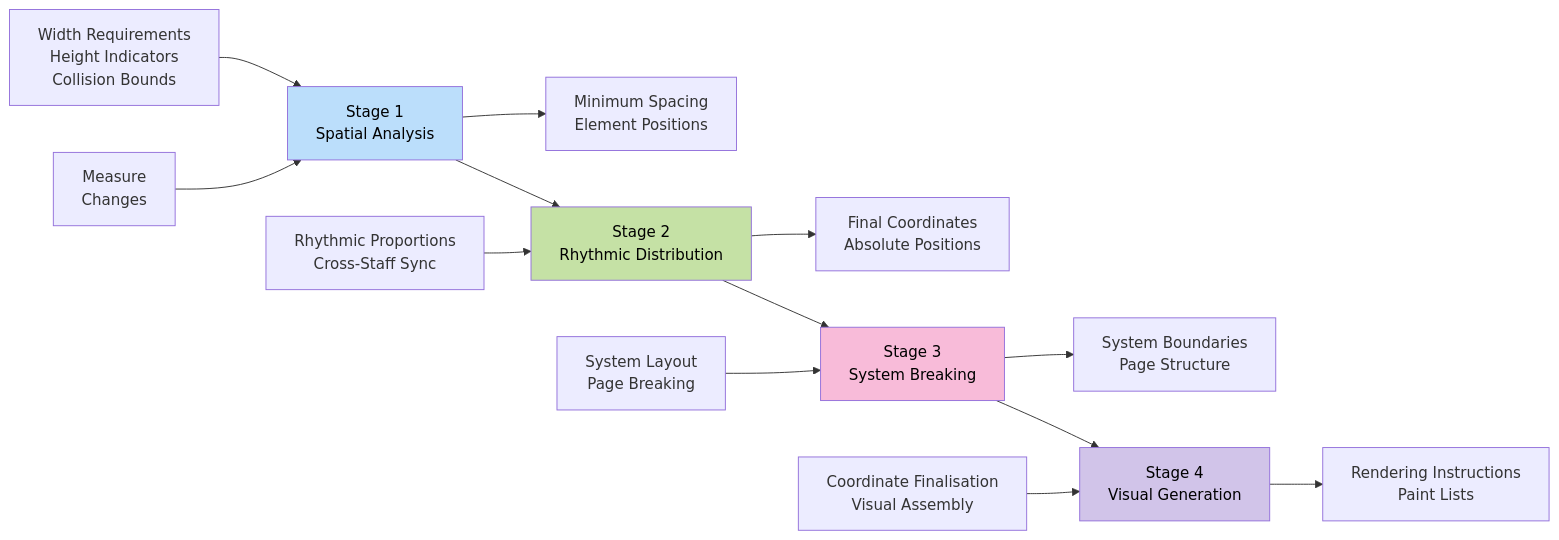
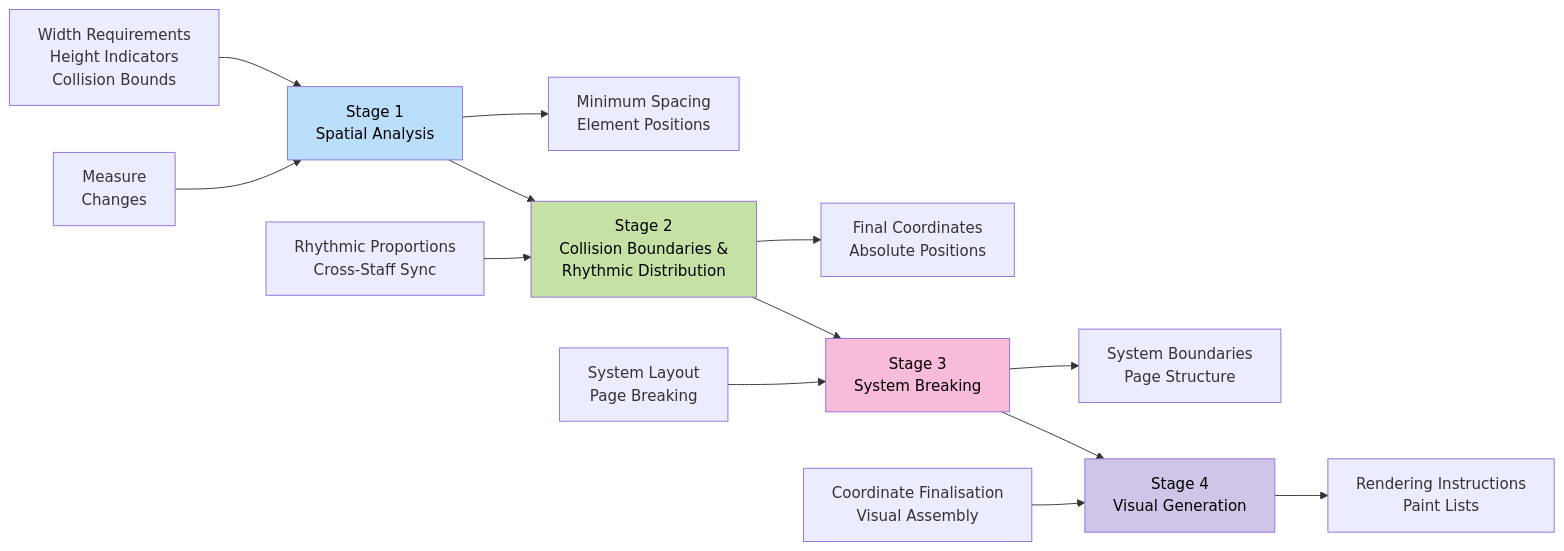
The second of 6 diagrams in ADRs/0028-Hierarchical-Rendering-Pipeline.md (PeterBengtson/Ooloi-docs), drawn with Mermaid before and after one commit. The commit also changed other lines of this file, not shown here.

````diff
--- a/ADRs/0028-Hierarchical-Rendering-Pipeline.md
+++ b/ADRs/0028-Hierarchical-Rendering-Pipeline.md
@@ -102,24 +102,24 @@
 ```mermaid
 flowchart LR
     A[Measure<br/>Changes] --> B[Stage 1<br/>Spatial Analysis]
-    B --> C[Stage 2<br/>Rhythmic Distribution]
+    B --> C[Stage 2<br/>Collision Boundaries &<br/>Rhythmic Distribution]
     C --> D[Stage 3<br/>System Breaking]
     D --> E[Stage 4<br/>Visual Generation]
     
     B1[Width Requirements<br/>Height Indicators<br/>Collision Bounds] --> B
     B --> B2[Minimum Spacing<br/>Element Positions]
     
     C1[Rhythmic Proportions<br/>Cross-Staff Sync] --> C
     C --> C2[Final Coordinates<br/>Absolute Positions]
     
     D1[System Layout<br/>Page Breaking] --> D
     D --> D2[System Boundaries<br/>Page Structure]
     
     E1[Coordinate Finalisation<br/>Visual Assembly] --> E
     E --> E2[Rendering Instructions<br/>Paint Lists]
     
     style B fill:#bbdefb,color:#000
     style C fill:#c5e1a5,color:#000
     style D fill:#f8bbd9,color:#000
     style E fill:#d1c4e9,color:#000
 ```
````
